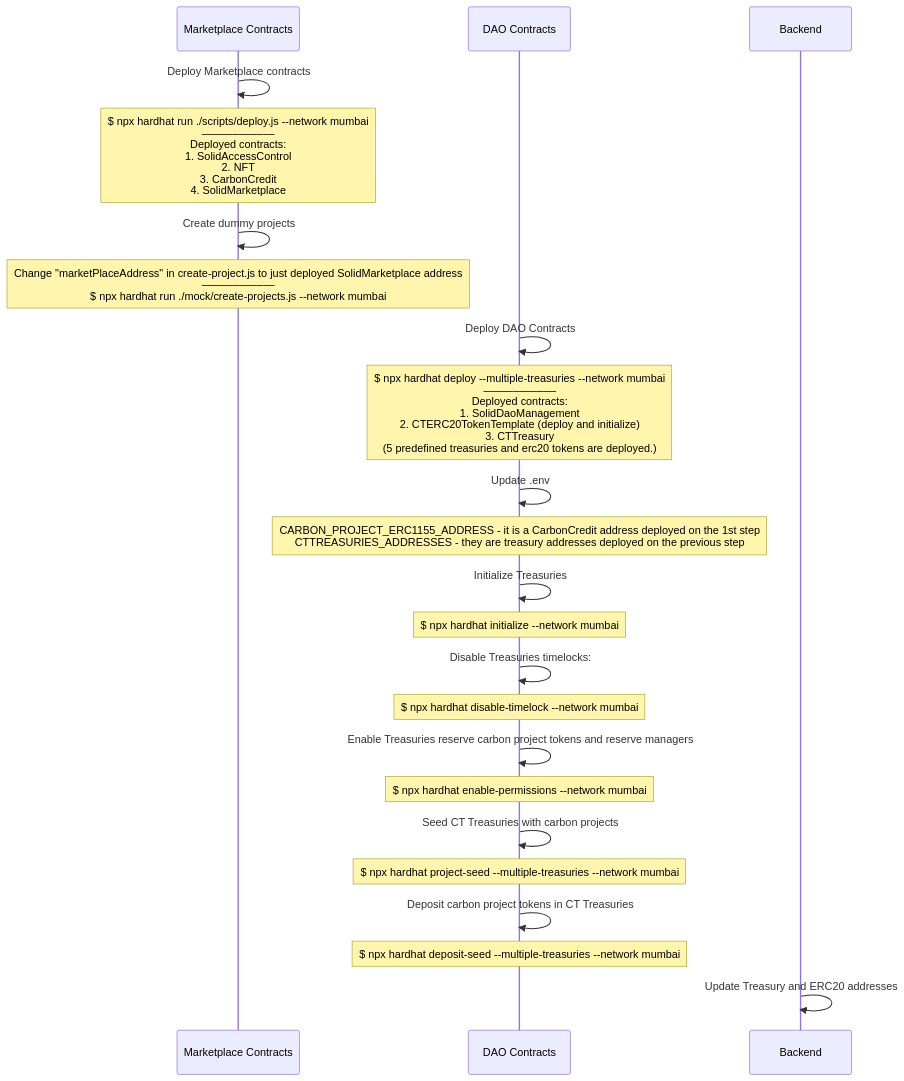
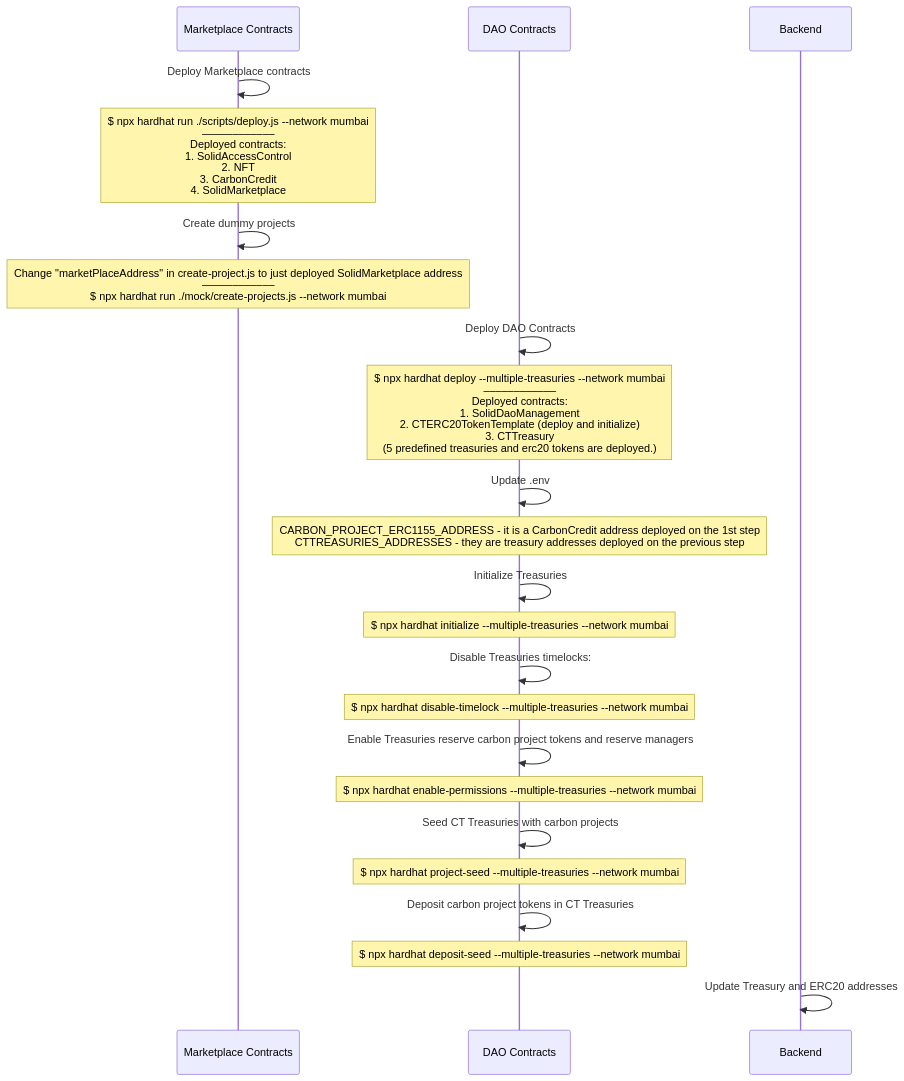
The diagram in docs/mumbai-deployment-flow.md (solid-world/solid-world-dao-contracts), drawn with Mermaid before and after one commit. The commit also changed 3 other files, not shown here.

````diff
--- a/docs/mumbai-deployment-flow.md
+++ b/docs/mumbai-deployment-flow.md
@@ -1,25 +1,25 @@
 ```mermaid
 sequenceDiagram
     participant market as Marketplace Contracts
     participant dao as DAO Contracts
     participant Backend
     market->>market: Deploy Marketplace contracts
     Note over market: $ npx hardhat run ./scripts/deploy.js --network mumbai <br>––––––––––––<br>Deployed contracts: <br>1. SolidAccessControl <br>2. NFT <br>3. CarbonCredit <br>4. SolidMarketplace
     market->>market: Create dummy projects
     Note over market: Change "marketPlaceAddress" in create-project.js to just deployed SolidMarketplace address<br>––––––––––––<br>$ npx hardhat run ./mock/create-projects.js  --network mumbai
     dao->>dao: Deploy DAO Contracts
     Note over dao: $ npx hardhat deploy --multiple-treasuries --network mumbai <br>––––––––––––<br>Deployed contracts: <br>1. SolidDaoManagement<br> 2. CTERC20TokenTemplate (deploy and initialize)<br> 3. CTTreasury<br> (5 predefined treasuries and erc20 tokens are deployed.)
     dao->>dao: Update .env
     Note over dao: CARBON_PROJECT_ERC1155_ADDRESS - it is a CarbonCredit address deployed on the 1st step<br>CTTREASURIES_ADDRESSES - they are treasury addresses deployed on the previous step
     dao->>dao: Initialize Treasuries
-    Note over dao: $ npx hardhat initialize --network mumbai
+    Note over dao: $ npx hardhat initialize --multiple-treasuries --network mumbai
     dao->>dao: Disable Treasuries timelocks:
-    Note over dao: $ npx hardhat disable-timelock --network mumbai
+    Note over dao: $ npx hardhat disable-timelock --multiple-treasuries --network mumbai
     dao->>dao: Enable Treasuries reserve carbon project tokens and reserve managers
-    Note over dao: $ npx hardhat enable-permissions --network mumbai
+    Note over dao: $ npx hardhat enable-permissions --multiple-treasuries --network mumbai
     dao->>dao: Seed CT Treasuries with carbon projects
     Note over dao: $ npx hardhat project-seed --multiple-treasuries --network mumbai
     dao->>dao: Deposit carbon project tokens in CT Treasuries
     Note over dao: $ npx hardhat deposit-seed --multiple-treasuries --network mumbai
     Backend->>Backend: Update Treasury and ERC20 addresses
 ```
````
